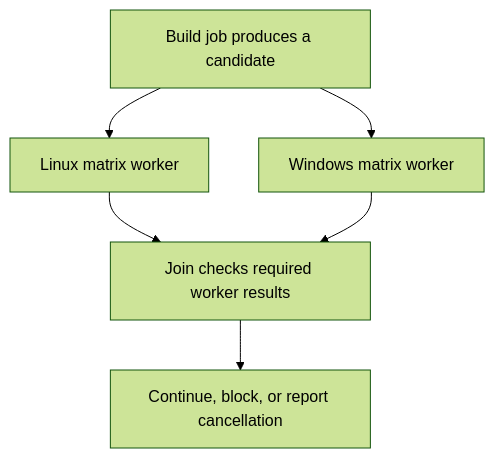
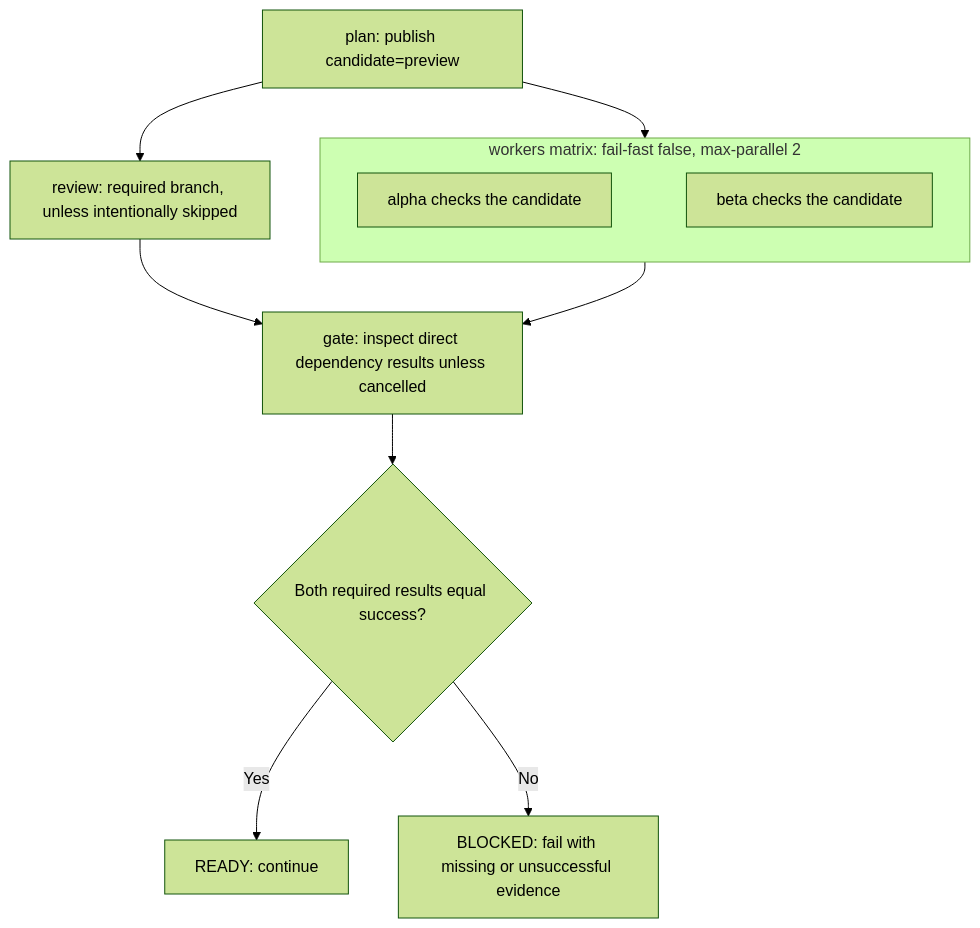
One commit to Rohit1024/actions-learn changed the diagram in docs/lessons/0006-matrices-dependencies-and-cancellation.md. Above: the diagram before and after it, drawn with Mermaid (forest theme). The commit also changed other lines of this file and 228 other files, not shown here.

````diff
--- a/docs/lessons/0006-matrices-dependencies-and-cancellation.md
+++ b/docs/lessons/0006-matrices-dependencies-and-cancellation.md
@@ -50,8 +26,15 @@
 ```mermaid
 flowchart TD
-    Build["Build job produces a candidate"] --> Linux["Linux matrix worker"]
-    Build --> Windows["Windows matrix worker"]
-    Linux --> Gate["Join checks required worker results"]
-    Windows --> Gate
-    Gate --> Decision["Continue, block, or report cancellation"]
+    Plan["plan: publish candidate=preview"] --> Workers
+    subgraph Workers["workers matrix: fail-fast false, max-parallel 2"]
+        Alpha["alpha checks the candidate"]
+        Beta["beta checks the candidate"]
+        Alpha ~~~ Beta
+    end
+    Plan --> Review["review: required branch, unless intentionally skipped"]
+    Workers --> Gate["gate: inspect direct dependency results unless cancelled"]
+    Review --> Gate
+    Gate --> Policy{"Both required results equal success?"}
+    Policy -->|"Yes"| Ready["READY: continue"]
+    Policy -->|"No"| Blocked["BLOCKED: fail with missing or unsuccessful evidence"]
 ```
````
